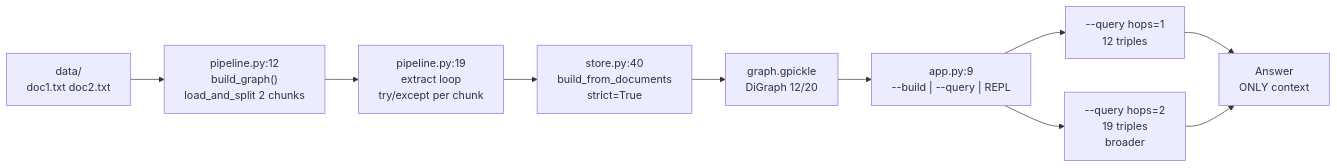
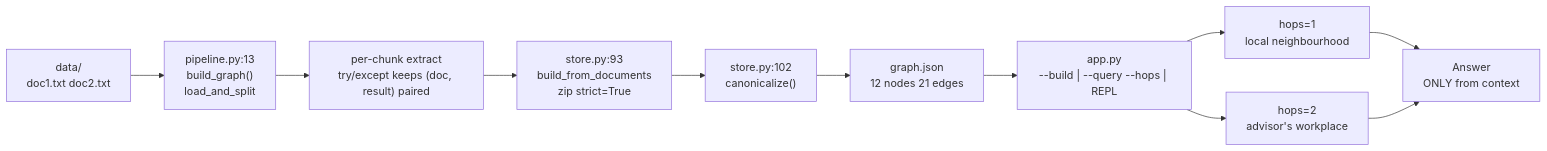
The seventh of 9 diagrams in LEARNINGS.md (manishwvn/graph_rag), drawn with Mermaid before and after one commit. The commit also changed other lines of this file and 30 other files, not shown here.

First line of the commit message:
feat: vector vs graph RAG comparison, with a corrected evaluation

````diff
--- a/LEARNINGS.md
+++ b/LEARNINGS.md
@@ -289,12 +309,13 @@
 ```mermaid
 flowchart LR
-  DATA["data/<br/>doc1.txt doc2.txt"] --> ING["pipeline.py:12<br/>build_graph()<br/>load_and_split 2 chunks"]
-  ING --> EXT["pipeline.py:19<br/>extract loop<br/>try/except per chunk"]
-  EXT --> STO["store.py:40<br/>build_from_documents<br/>strict=True"]
-  STO --> PKL["graph.gpickle<br/>DiGraph 12/20"]
-  PKL --> CLI["app.py:9<br/>--build | --query | REPL"]
-  CLI --> Q1["--query hops=1<br/>12 triples"]
-  CLI --> Q2["--query hops=2<br/>19 triples<br/>broader"]
-  Q1 --> ANS["Answer<br/>ONLY context"]
+  DATA["data/<br/>doc1.txt doc2.txt"] --> ING["pipeline.py:13<br/>build_graph()<br/>load_and_split"]
+  ING --> EXT["per-chunk extract<br/>try/except keeps (doc, result) paired"]
+  EXT --> STO["store.py:93<br/>build_from_documents<br/>zip strict=True"]
+  STO --> CAN["store.py:102<br/>canonicalize()"]
+  CAN --> JS["graph.json<br/>12 nodes 21 edges"]
+  JS --> CLI["app.py<br/>--build | --query --hops | REPL"]
+  CLI --> Q1["hops=1<br/>local neighbourhood"]
+  CLI --> Q2["hops=2<br/>advisor's workplace"]
+  Q1 --> ANS["Answer<br/>ONLY from context"]
   Q2 --> ANS
 ```
````
